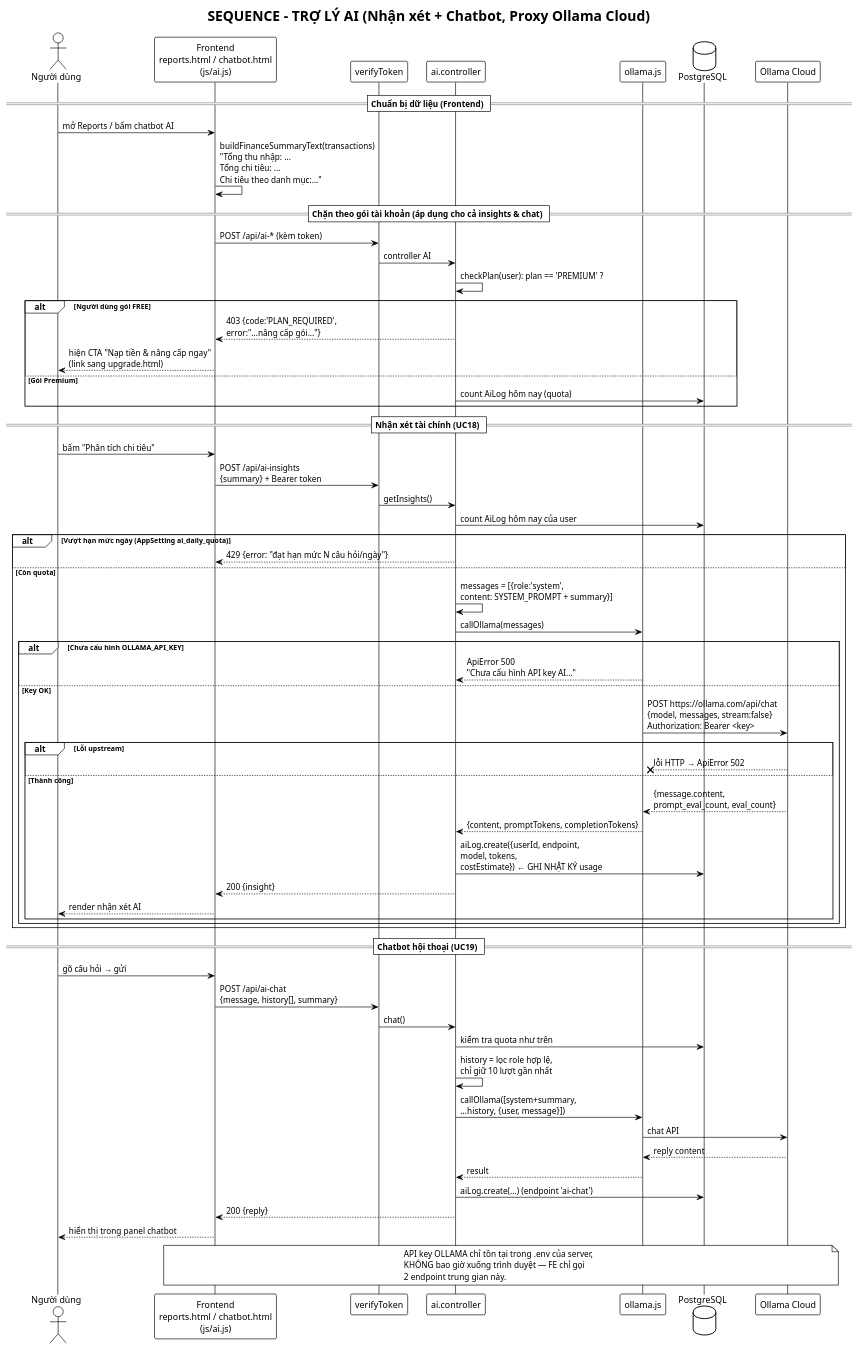
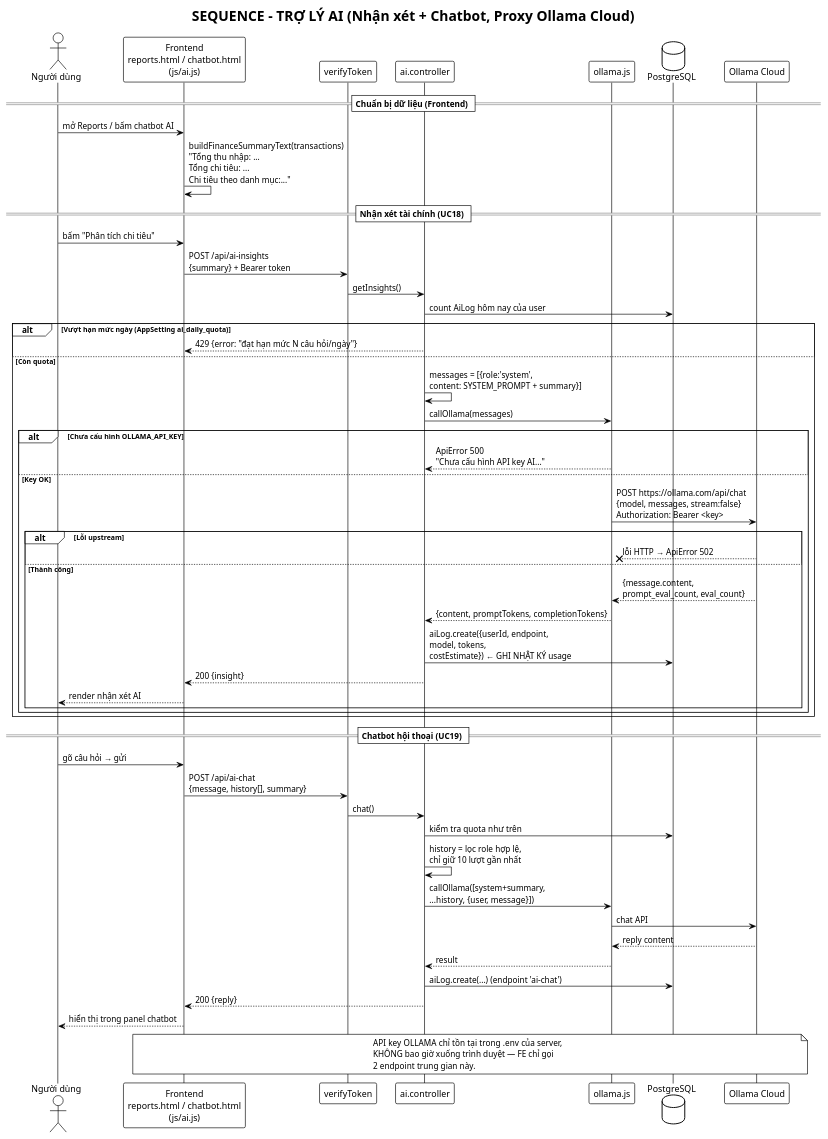
The diagram in quanlichitieu-backend/docs/diagrams/sequence/seq-ai.puml (al1103/quanlichitieu), drawn with PlantUML before and after one commit. The commit also changed 21 other files, not shown here.

First line of the commit message:
Remove Premium plan concept, unlock AI for all users

```diff
--- a/quanlichitieu-backend/docs/diagrams/sequence/seq-ai.puml
+++ b/quanlichitieu-backend/docs/diagrams/sequence/seq-ai.puml
@@ -1,77 +1,65 @@
 @startuml Seq_AI_Tro_ly
 !theme plain
 title SEQUENCE - TRỢ LÝ AI (Nhận xét + Chatbot, Proxy Ollama Cloud)
 
 skinparam responseMessageBelowArrow true
 
 actor "Người dùng" as U
 participant "Frontend\nreports.html / chatbot.html\n(js/ai.js)" as FE
 participant "verifyToken" as MW
 participant "ai.controller" as C
 participant "ollama.js" as OS
 database "PostgreSQL" as DB
 participant "Ollama Cloud" as OLA
 
 == Chuẩn bị dữ liệu (Frontend) ==
 U -> FE : mở Reports / bấm chatbot AI
 FE -> FE : buildFinanceSummaryText(transactions)\n"Tổng thu nhập: ...\nTổng chi tiêu: ...\nChi tiêu theo danh mục:..."
-
-== Chặn theo gói tài khoản (áp dụng cho cả insights & chat) ==
-FE -> MW : POST /api/ai-* (kèm token)
-MW -> C : controller AI
-C -> C : checkPlan(user): plan == 'PREMIUM' ?
-
-alt Người dùng gói FREE
-  C --> FE : 403 {code:'PLAN_REQUIRED',\nerror:"...nâng cấp gói..."}
-  FE --> U : hiện CTA "Nạp tiền & nâng cấp ngay"\n(link sang upgrade.html)
-else Gói Premium
-  C -> DB : count AiLog hôm nay (quota)
-end
 
 == Nhận xét tài chính (UC18) ==
 U -> FE : bấm "Phân tích chi tiêu"
 FE -> MW : POST /api/ai-insights\n{summary} + Bearer token
 MW -> C : getInsights()
 C -> DB : count AiLog hôm nay của user
 
 alt Vượt hạn mức ngày (AppSetting ai_daily_quota)
   C --> FE : 429 {error: "đạt hạn mức N câu hỏi/ngày"}
 else Còn quota
   C -> C : messages = [{role:'system',\ncontent: SYSTEM_PROMPT + summary}]
   C -> OS : callOllama(messages)
   alt Chưa cấu hình OLLAMA_API_KEY
     OS --> C : ApiError 500\n"Chưa cấu hình API key AI..."
   else Key OK
     OS -> OLA : POST https://ollama.com/api/chat\n{model, messages, stream:false}\nAuthorization: Bearer <key>
     alt Lỗi upstream
       OLA --x OS : lỗi HTTP → ApiError 502
     else Thành công
       OLA --> OS : {message.content,\nprompt_eval_count, eval_count}
       OS --> C : {content, promptTokens, completionTokens}
       C -> DB : aiLog.create({userId, endpoint,\nmodel, tokens,\ncostEstimate}) ← GHI NHẬT KÝ usage
       C --> FE : 200 {insight}
       FE --> U : render nhận xét AI
     end
   end
 end
 
 == Chatbot hội thoại (UC19) ==
 U -> FE : gõ câu hỏi → gửi
 FE -> MW : POST /api/ai-chat\n{message, history[], summary}
 MW -> C : chat()
 C -> DB : kiểm tra quota như trên
 C -> C : history = lọc role hợp lệ,\nchỉ giữ 10 lượt gần nhất
 C -> OS : callOllama([system+summary,\n...history, {user, message}])
 OS -> OLA : chat API
 OLA --> OS : reply content
 OS --> C : result
 C -> DB : aiLog.create(...) (endpoint 'ai-chat')
 C --> FE : 200 {reply}
 FE --> U : hiển thị trong panel chatbot
 
 note over FE, OLA
   API key OLLAMA chỉ tồn tại trong .env của server,
   KHÔNG bao giờ xuống trình duyệt — FE chỉ gọi
   2 endpoint trung gian này.
 end note
 @enduml
```
